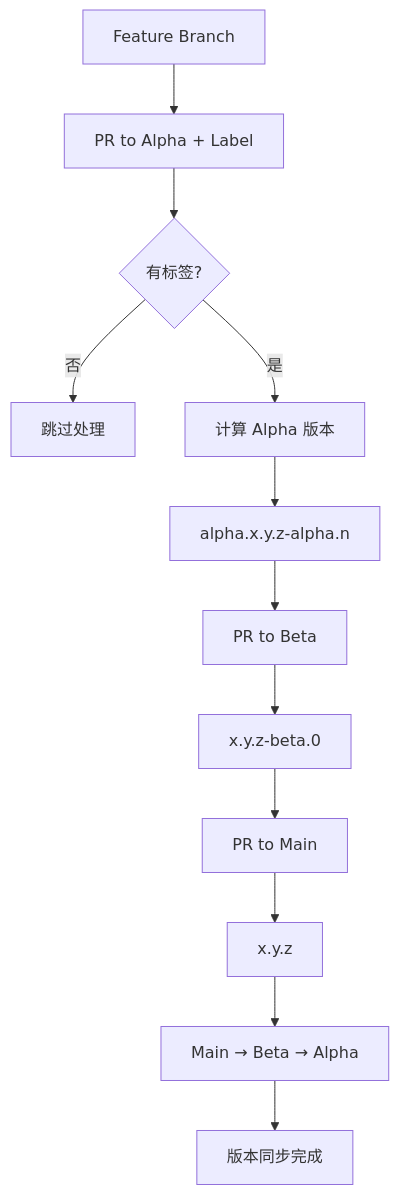
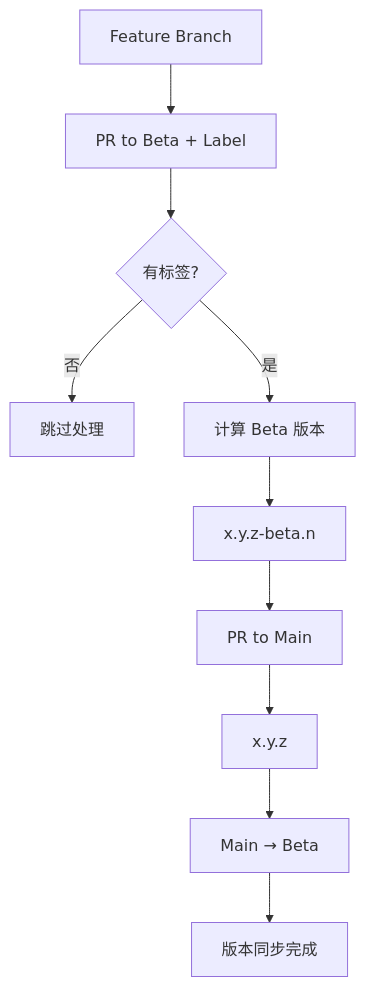
Before and after one commit to Yuxu-Palace/yuheng-dispatch: the diagram in README.md, drawn with Mermaid. The commit also changed other lines of this file and 9 other files, not shown here.

````diff
--- a/README.md
+++ b/README.md
@@ -324,17 +205,14 @@
 ```mermaid
 graph TD
-    A[Feature Branch] --> B[PR to Alpha + Label]
+    A[Feature Branch] --> B[PR to Beta + Label]
     B --> C{有标签?}
     C -->|否| D[跳过处理]
-    C -->|是| E[计算 Alpha 版本]
-    E --> F[alpha.x.y.z-alpha.n]
-    
-    F --> G[PR to Beta]
-    G --> H[x.y.z-beta.0]
-    
-    H --> I[PR to Main]
-    I --> J[x.y.z]
-    
-    J --> K[Main → Beta → Alpha]
-    K --> L[版本同步完成]
+    C -->|是| E[计算 Beta 版本]
+    E --> F[x.y.z-beta.n]
+
+    F --> G[PR to Main]
+    G --> H[x.y.z]
+
+    H --> I[Main → Beta]
+    I --> J[版本同步完成]
 ```
````
